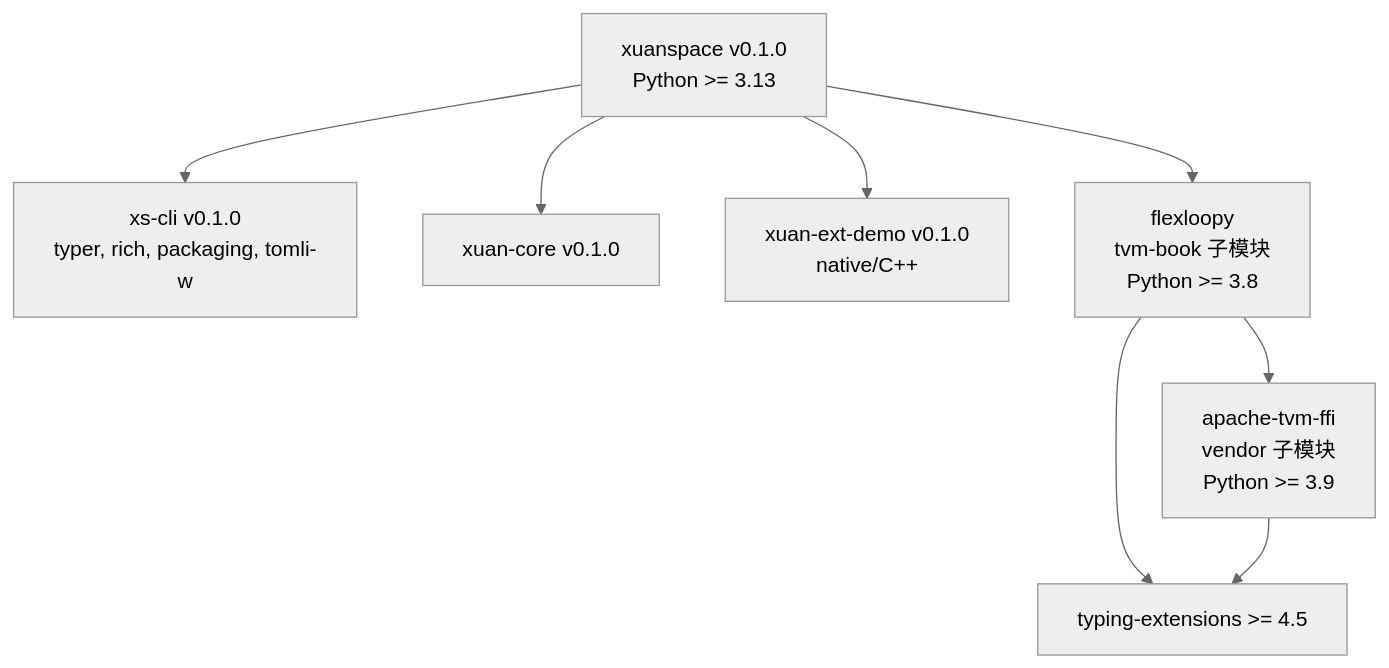
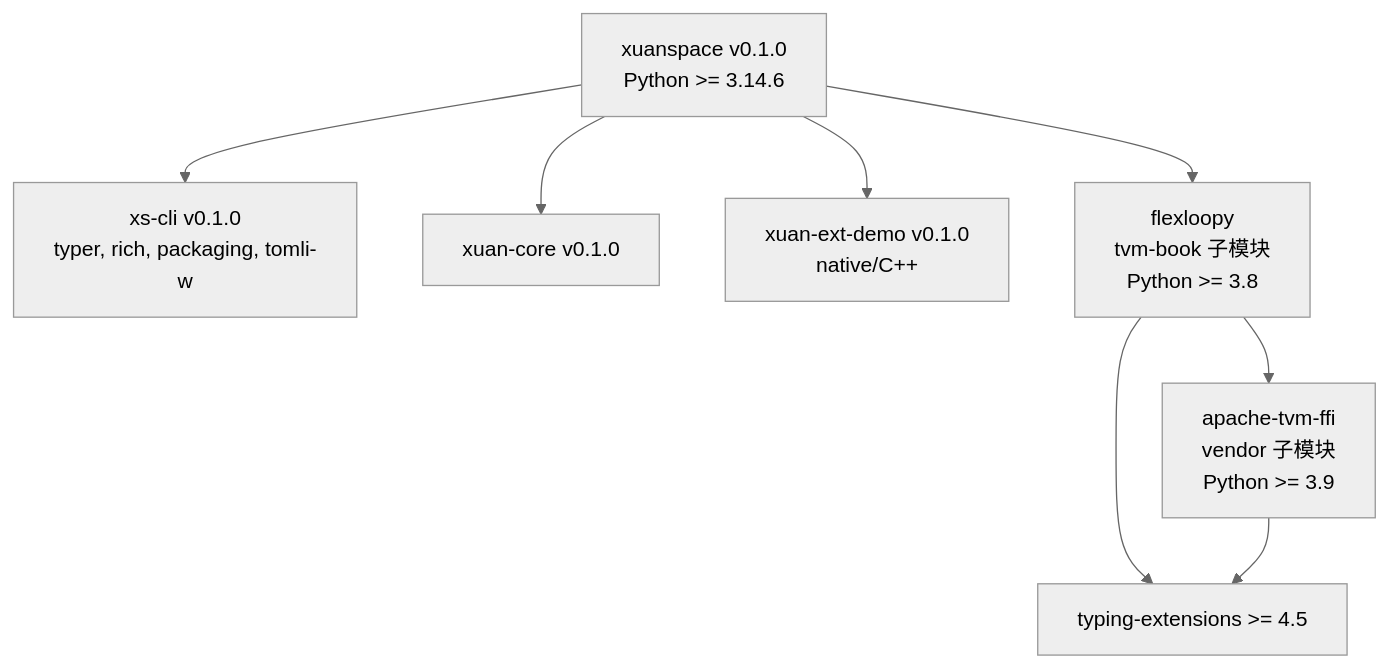
Before and after one commit to xinetzone/xuanspace: the diagram in docs/dependency-report.md, drawn with Mermaid (neutral theme). The commit also changed other lines of this file and 34 other files, not shown here.

````diff
--- a/docs/dependency-report.md
+++ b/docs/dependency-report.md
@@ -50,18 +50,18 @@
 ```mermaid
 graph TD
-    ROOT[xuanspace v0.1.0<br/>Python >= 3.13]
+    ROOT[xuanspace v0.1.0<br/>Python >= 3.14.6]
     XS[xs-cli v0.1.0<br/>typer, rich, packaging, tomli-w]
     XC[xuan-core v0.1.0]
     XED[xuan-ext-demo v0.1.0<br/>native/C++]
     FL[flexloopy<br/>tvm-book 子模块<br/>Python >= 3.8]
     FFI[apache-tvm-ffi<br/>vendor 子模块<br/>Python >= 3.9]
     TE[typing-extensions >= 4.5]
 
     ROOT --> XS
     ROOT --> XC
     ROOT --> XED
     ROOT --> FL
     FL --> FFI
     FL --> TE
     FFI --> TE
 ```
````
